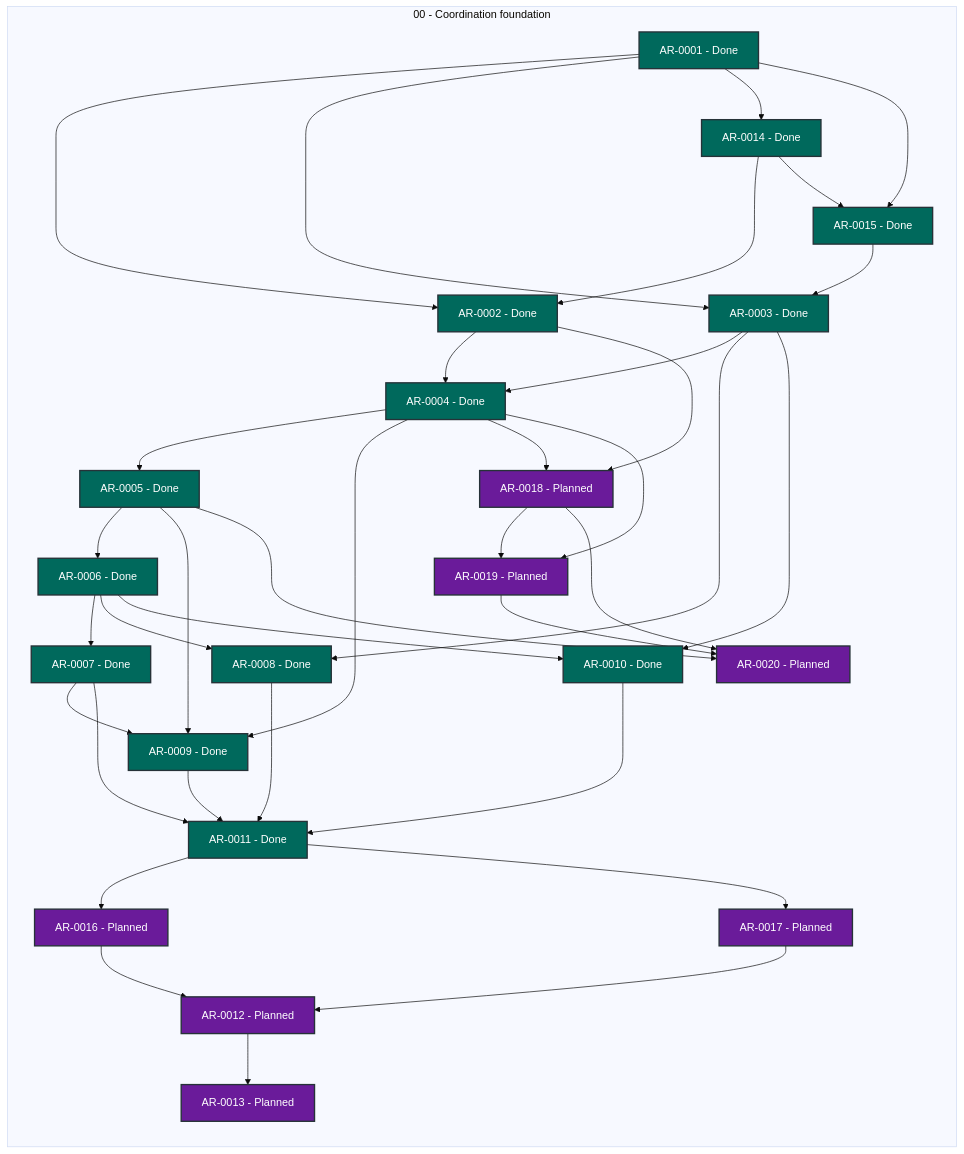
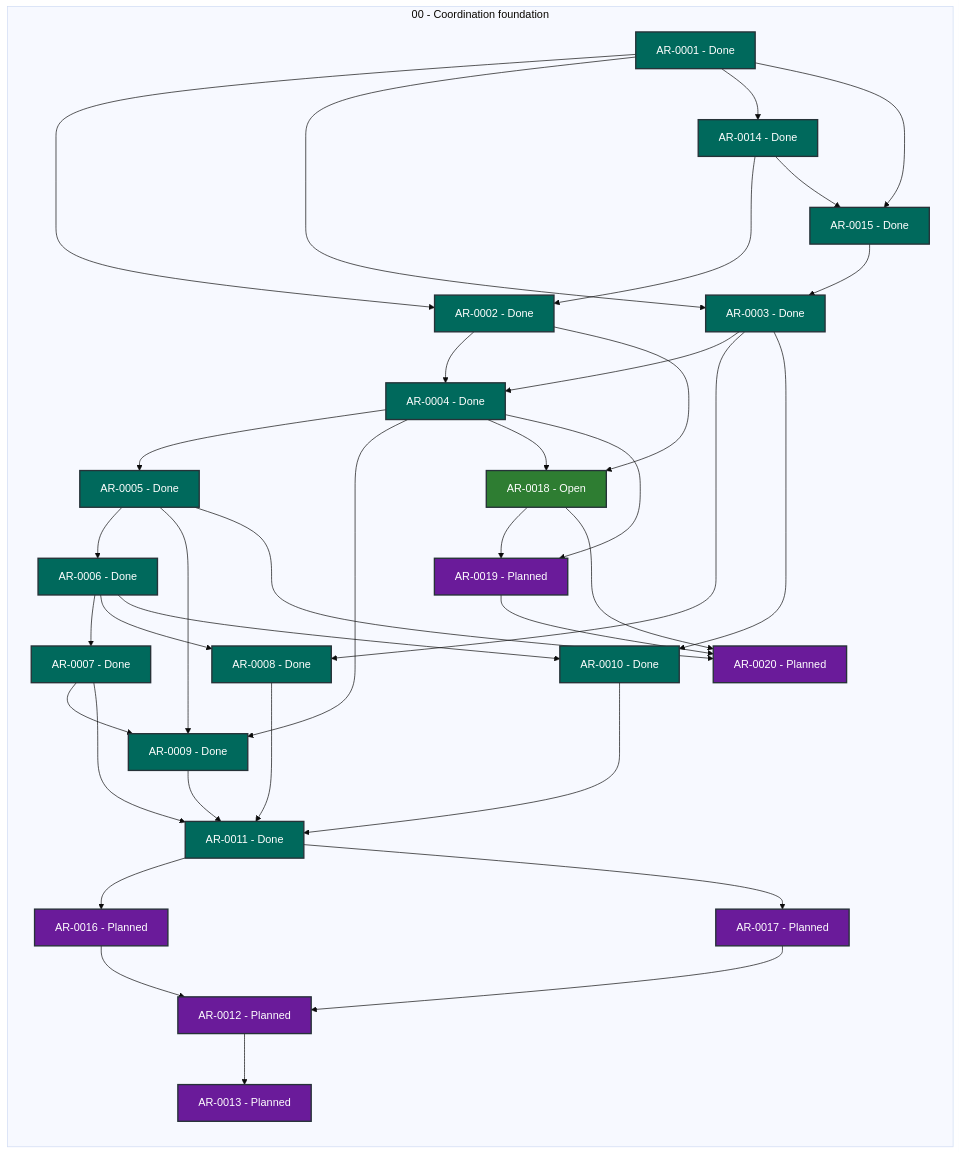
One commit to martin-beck/agent-workflow-tui-state changed the diagram in STATUS.md. Above: the diagram before and after it, drawn with Mermaid (base theme). The commit also changed other lines of this file and 2 other files, not shown here.

````diff
--- a/STATUS.md
+++ b/STATUS.md
@@ -27,69 +27,69 @@
 ```mermaid
 flowchart LR
     subgraph series_00["00 - Coordination foundation"]
         direction TB
         AR_0001["AR-0001 - Done"]:::status_done
         AR_0002["AR-0002 - Done"]:::status_done
         AR_0003["AR-0003 - Done"]:::status_done
         AR_0004["AR-0004 - Done"]:::status_done
         AR_0005["AR-0005 - Done"]:::status_done
         AR_0006["AR-0006 - Done"]:::status_done
         AR_0007["AR-0007 - Done"]:::status_done
         AR_0008["AR-0008 - Done"]:::status_done
         AR_0009["AR-0009 - Done"]:::status_done
         AR_0010["AR-0010 - Done"]:::status_done
         AR_0011["AR-0011 - Done"]:::status_done
         AR_0012["AR-0012 - Planned"]:::status_planned
         AR_0013["AR-0013 - Planned"]:::status_planned
         AR_0014["AR-0014 - Done"]:::status_done
         AR_0015["AR-0015 - Done"]:::status_done
         AR_0016["AR-0016 - Planned"]:::status_planned
         AR_0017["AR-0017 - Planned"]:::status_planned
-        AR_0018["AR-0018 - Planned"]:::status_planned
+        AR_0018["AR-0018 - Open"]:::status_open
         AR_0019["AR-0019 - Planned"]:::status_planned
         AR_0020["AR-0020 - Planned"]:::status_planned
     end
     AR_0001 --> AR_0002
     AR_0001 --> AR_0003
     AR_0001 --> AR_0014
     AR_0001 --> AR_0015
     AR_0002 --> AR_0004
     AR_0002 --> AR_0018
     AR_0003 --> AR_0004
     AR_0003 --> AR_0008
     AR_0003 --> AR_0010
     AR_0004 --> AR_0005
     AR_0004 --> AR_0009
     AR_0004 --> AR_0018
     AR_0004 --> AR_0019
     AR_0005 --> AR_0006
     AR_0005 --> AR_0009
     AR_0005 --> AR_0020
     AR_0006 --> AR_0007
     AR_0006 --> AR_0008
     AR_0006 --> AR_0010
     AR_0007 --> AR_0009
     AR_0007 --> AR_0011
     AR_0008 --> AR_0011
     AR_0009 --> AR_0011
     AR_0010 --> AR_0011
     AR_0011 --> AR_0016
     AR_0011 --> AR_0017
     AR_0012 --> AR_0013
     AR_0014 --> AR_0002
     AR_0014 --> AR_0015
     AR_0015 --> AR_0003
     AR_0016 --> AR_0012
     AR_0017 --> AR_0012
     AR_0018 --> AR_0019
     AR_0018 --> AR_0020
     AR_0019 --> AR_0020
     classDef status_in_progress fill:#1565c0,color:#ffffff,stroke:#263238,stroke-width:2px
     classDef status_open fill:#2e7d32,color:#ffffff,stroke:#263238,stroke-width:2px
     classDef status_blocked fill:#c62828,color:#ffffff,stroke:#263238,stroke-width:2px
     classDef status_planned fill:#6a1b9a,color:#ffffff,stroke:#263238,stroke-width:2px
     classDef status_future fill:#455a64,color:#ffffff,stroke:#263238,stroke-width:2px
     classDef status_done fill:#00695c,color:#ffffff,stroke:#263238,stroke-width:2px
     classDef status_cancelled fill:#616161,color:#ffffff,stroke:#263238,stroke-width:2px
     classDef status_superseded fill:#5d4037,color:#ffffff,stroke:#263238,stroke-width:2px
 ```
````
